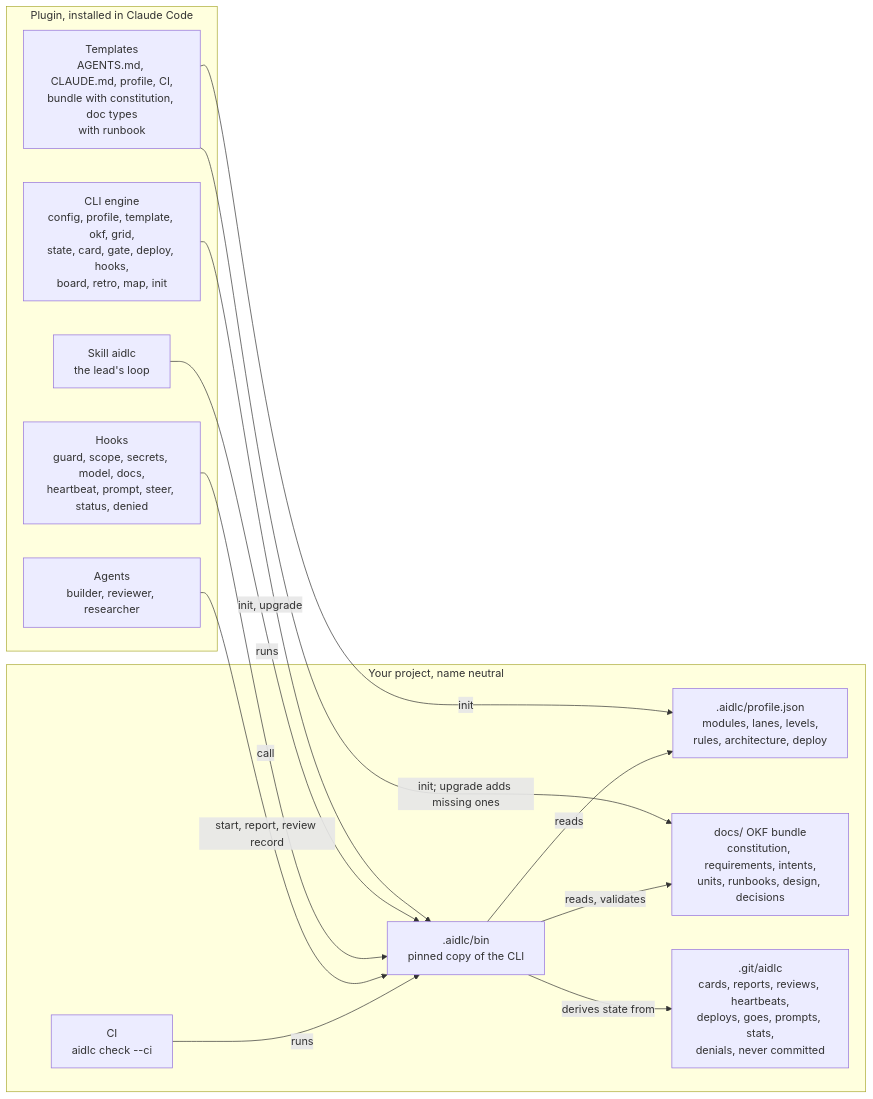
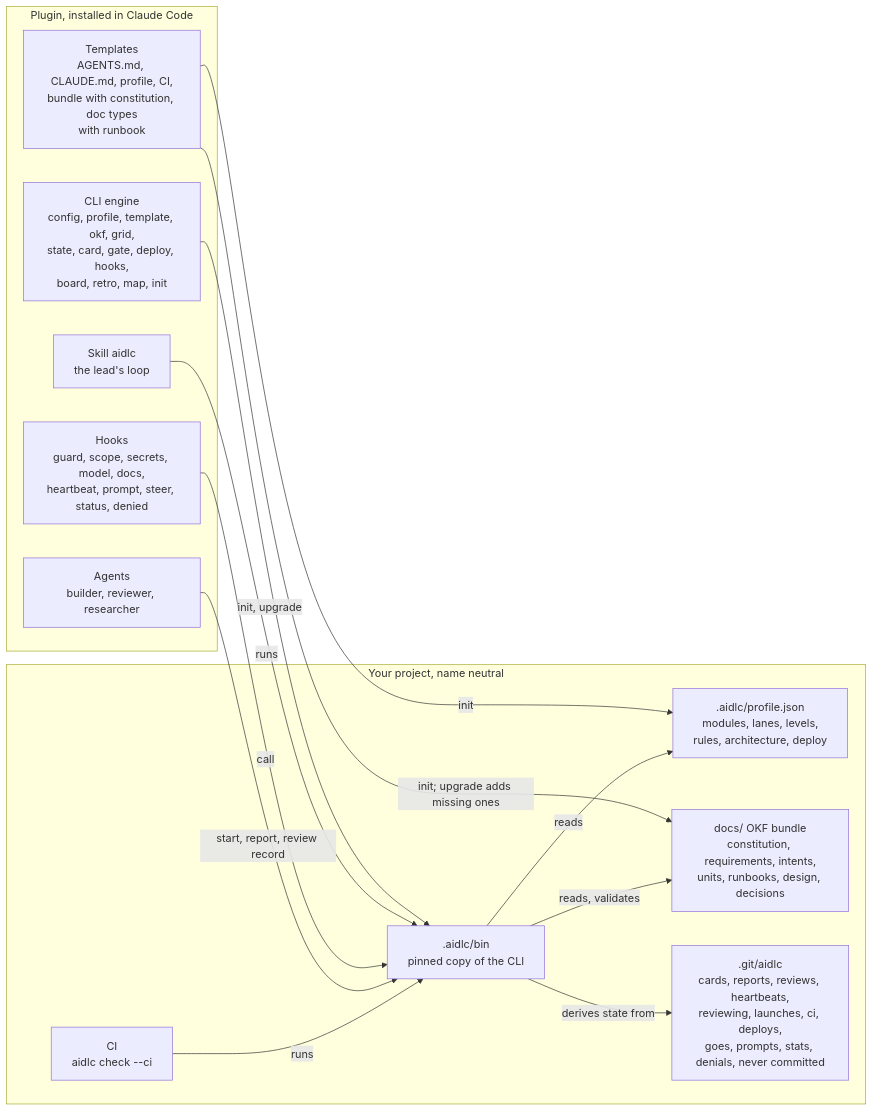
One commit to Scrollout/aidlc-team-plugin changed the second of 2 diagrams in README.md. Above: the diagram before and after it, drawn with Mermaid. The commit also changed other lines of this file and 18 other files, not shown here.

````diff
--- a/README.md
+++ b/README.md
@@ -76,29 +77,29 @@
 ```mermaid
 flowchart LR
   subgraph plugin["Plugin, installed in Claude Code"]
     skill["Skill aidlc<br/>the lead's loop"]
     agents["Agents<br/>builder, reviewer, researcher"]
     hooks["Hooks<br/>guard, scope, secrets, model, docs,<br/>heartbeat, prompt, steer, status, denied"]
     cli["CLI engine<br/>config, profile, template, okf, grid,<br/>state, card, gate, deploy, hooks,<br/>board, retro, map, init"]
     templates["Templates<br/>AGENTS.md, CLAUDE.md, profile, CI,<br/>bundle with constitution, doc types<br/>with runbook"]
   end
 
   subgraph project["Your project, name neutral"]
     profile[".aidlc/profile.json<br/>modules, lanes, levels,<br/>rules, architecture, deploy"]
     bin[".aidlc/bin<br/>pinned copy of the CLI"]
     docs["docs/ OKF bundle<br/>constitution, requirements, intents,<br/>units, runbooks, design, decisions"]
-    runtime[".git/aidlc<br/>cards, reports, reviews, heartbeats,<br/>deploys, goes, prompts, stats,<br/>denials, never committed"]
+    runtime[".git/aidlc<br/>cards, reports, reviews, heartbeats,<br/>reviewing, launches, ci, deploys,<br/>goes, prompts, stats, denials, never committed"]
     ci["CI<br/>aidlc check --ci"]
   end
 
   templates -- "init" --> profile
   templates -- "init; upgrade adds missing ones" --> docs
   cli -- "init, upgrade" --> bin
   skill -- "runs" --> bin
   hooks -- "call" --> bin
   agents -- "start, report, review record" --> bin
   ci -- "runs" --> bin
   bin -- "reads, validates" --> docs
   bin -- "reads" --> profile
   bin -- "derives state from" --> runtime
 ```
````
